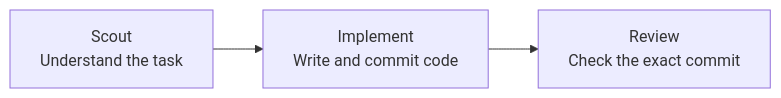
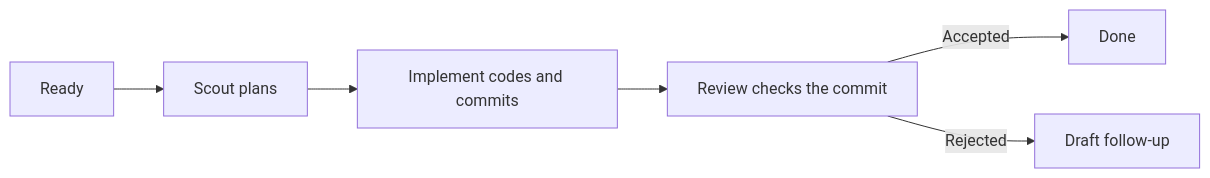
One commit to devos-ing/Roc changed the diagram in README.md. Above: the diagram before and after it, drawn with Mermaid. The commit also changed other lines of this file, not shown here.

````diff
--- a/README.md
+++ b/README.md
@@ -216,5 +92,8 @@
 ```mermaid
 flowchart LR
-    S["Scout<br/>Understand the task"] --> I["Implement<br/>Write and commit code"]
-    I --> R["Review<br/>Check the exact commit"]
+    B[Ready] --> S[Scout plans]
+    S --> I[Implement codes and commits]
+    I --> R[Review checks the commit]
+    R -->|Accepted| D[Done]
+    R -->|Rejected| F[Draft follow-up]
 ```
````
